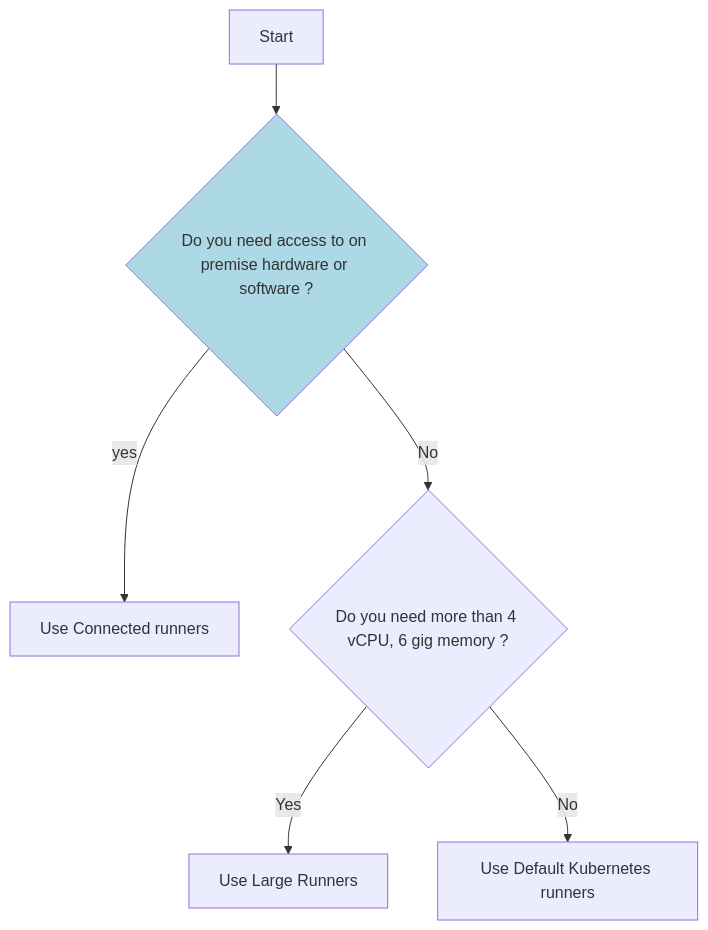
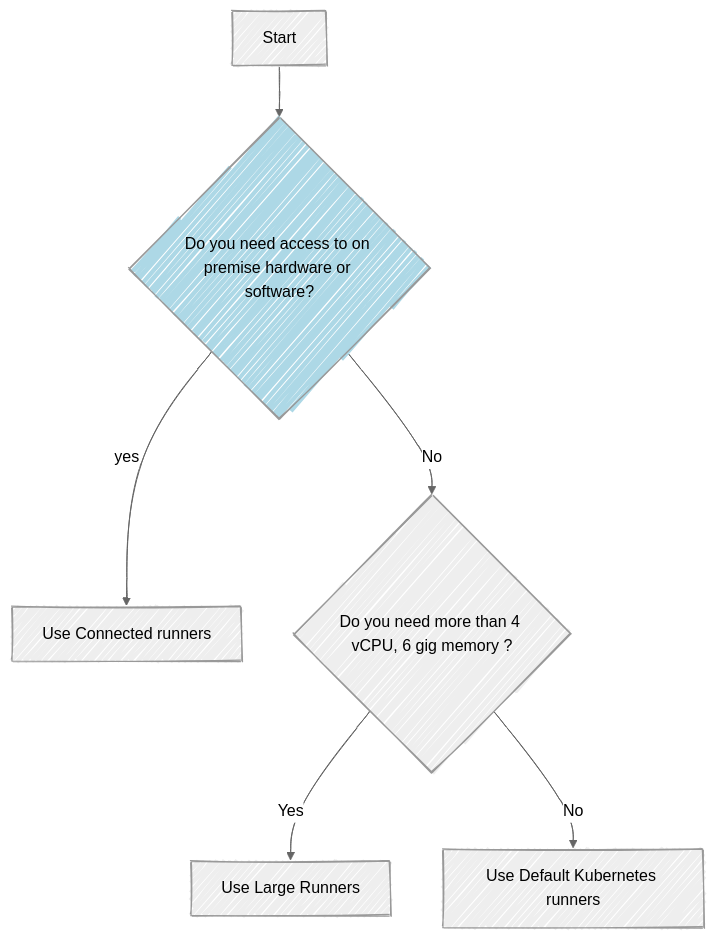
The diagram in docs/githut-EMU-runners-hyperlink.md (AjayPi/ajaypi.github.io), drawn with Mermaid before and after one commit. The commit also changed other lines of this file, not shown here.

```diff
--- a/docs/githut-EMU-runners-hyperlink.md
+++ b/docs/githut-EMU-runners-hyperlink.md
@@ -23,11 +23,16 @@
 <pre class="mermaid">
+    ---
+config:
+  look: handDrawn
+  theme: neutral
+    ---
 flowchart TD
-    A[Start] --> B{Do you need access to on premise hardware or software ?};
+    A[Start] --> B{Do you need access to on premise hardware or software?<a href="http://google.com">};
     B --> |yes| C[Use Connected runners];
     B -->|No| D{Do you need more than 4 vCPU, 6 gig memory ?};
     D -->|Yes| E[Use Large Runners];
     D --> |No| F[Use Default Kubernetes runners];
     click B "http://www.github.com"
     class B Blue;
     classDef Blue fill:lightblue;
 </pre>
```
